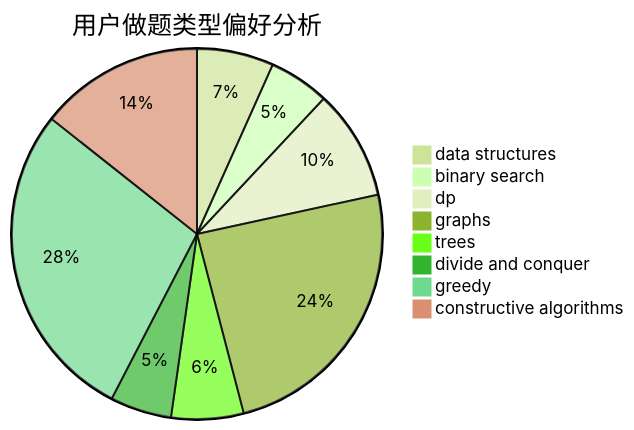
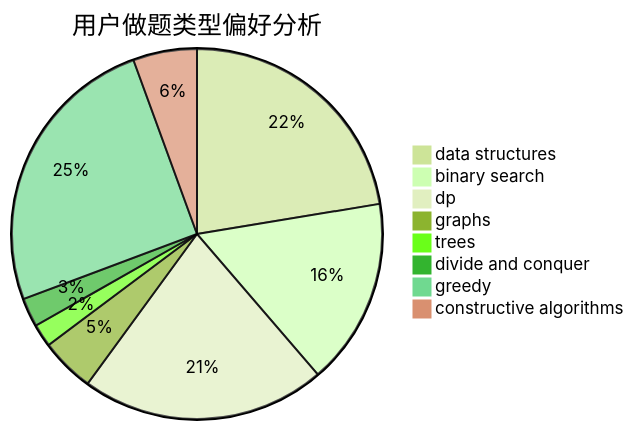
The second of 3 diagrams in docs/user/u129.md (sherpahu/cfrs.github.io), drawn with Mermaid (forest theme) before and after one commit. The commit also changed other lines of this file and 2770 other files, not shown here.

````diff
--- a/docs/user/u129.md
+++ b/docs/user/u129.md
@@ -23,11 +23,11 @@
 ```mermaid
 pie title 用户做题类型偏好分析
-    "data structures" :  85
-    "binary search" :  67
-    "dp" :  122
-    "graphs" :  309
-    "trees" :  80
-    "divide and conquer" :  68
-    "greedy" :  356
-    "constructive algorithms" :  182
+    "data structures" :  213
+    "binary search" :  155
+    "dp" :  203
+    "graphs" :  45
+    "trees" :  19
+    "divide and conquer" :  24
+    "greedy" :  239
+    "constructive algorithms" :  53
 ```
````
